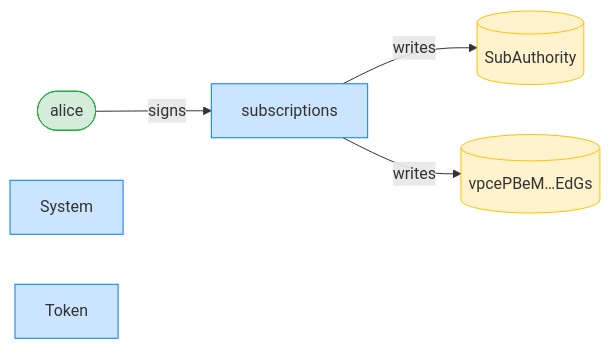
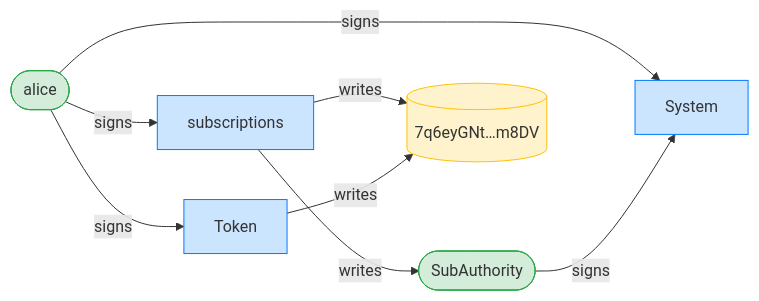
One commit to cds-rs/subscriptions changed the third of 20 diagrams in dsl_tests/recurring-transfer-succeeds-across-pulls-within-a-period.md. Above: the diagram before and after it, drawn with Mermaid. The commit also changed other lines of this file and 224 other files, not shown here.

````diff
--- a/dsl_tests/recurring-transfer-succeeds-across-pulls-within-a-period.md
+++ b/dsl_tests/recurring-transfer-succeeds-across-pulls-within-a-period.md
@@ -55,15 +56,19 @@
 ```mermaid
 flowchart LR
     classDef signer fill:#d4edda,stroke:#28a745;
     classDef program fill:#cce5ff,stroke:#007bff;
     classDef writable fill:#fff3cd,stroke:#ffc107;
     subscriptions[subscriptions]:::program
     alice([alice]):::signer
-    SubAuthority[(SubAuthority)]:::writable
-    vpcePBeM_EdGs[("vpcePBeM…EdGs")]:::writable
+    SubAuthority([SubAuthority]):::signer
+    7q6eyGNt_m8DV[("7q6eyGNt…m8DV")]:::writable
     System[System]:::program
     Token[Token]:::program
     alice -->|signs| subscriptions
+    alice -->|signs| System
+    SubAuthority -->|signs| System
+    alice -->|signs| Token
     subscriptions -->|writes| SubAuthority
-    subscriptions -->|writes| vpcePBeM_EdGs
+    subscriptions -->|writes| 7q6eyGNt_m8DV
+    Token -->|writes| 7q6eyGNt_m8DV
 ```
````
